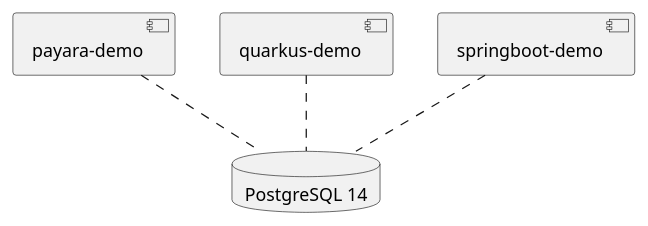
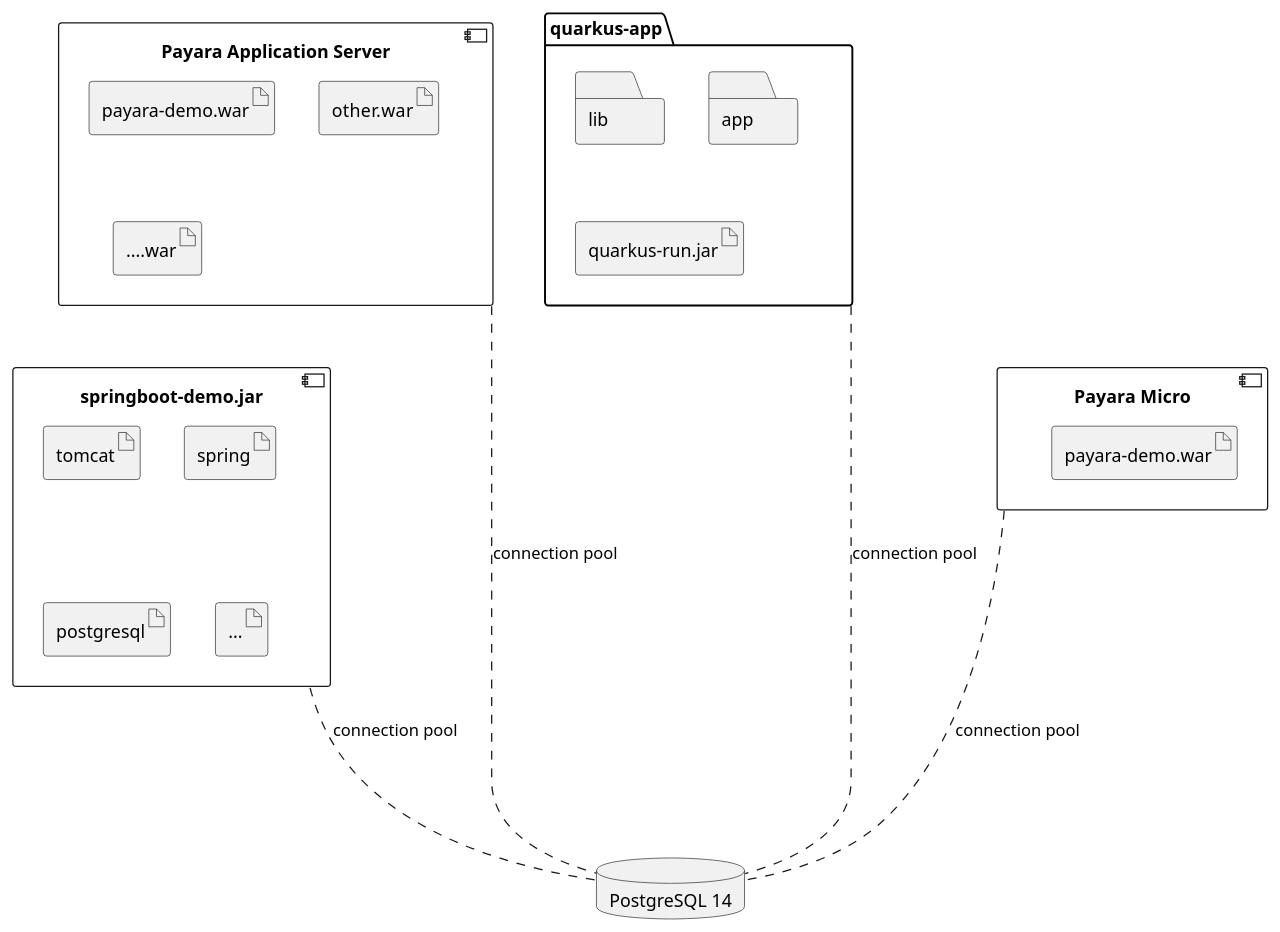
One commit to tuxtor/docker-java-samples changed the diagram in arch.plantuml. Above: the diagram before and after it, drawn with PlantUML. The commit also changed 6 other files, not shown here.

```diff
--- a/arch.plantuml
+++ b/arch.plantuml
@@ -1,13 +1,34 @@
 @startuml
 
-component payara as "payara-demo"
-component quarkus as "quarkus-demo"
-component springboot as "springboot-demo"
+component payara as "Payara Application Server" {
+    artifact payarademo as "payara-demo.war"
+    artifact another as "other.war"
+    artifact extra as "....war"
+}
+
+folder "quarkus-app" as quarkusapp {
+    folder lib
+    folder app
+    artifact quarkus as "quarkus-run.jar"
+}
+
+component payaramicro as "Payara Micro" {
+    artifact payarademomicro as "payara-demo.war"
+}
+
+component springbootdemo as "springboot-demo.jar" {
+    artifact tomcat
+    artifact spring
+    artifact pdriver as "postgresql"
+    artifact other as "..."
+}
 
 database postgresql as "PostgreSQL 14"
 
-payara .. postgresql
-quarkus .. postgresql
-springboot .. postgresql
+payara .... postgresql : "connection pool"
+payaramicro .... postgresql : "connection pool"
+quarkusapp .... postgresql : "connection pool"
+springbootdemo .... postgresql : "connection pool"
+
 
 @enduml
```
